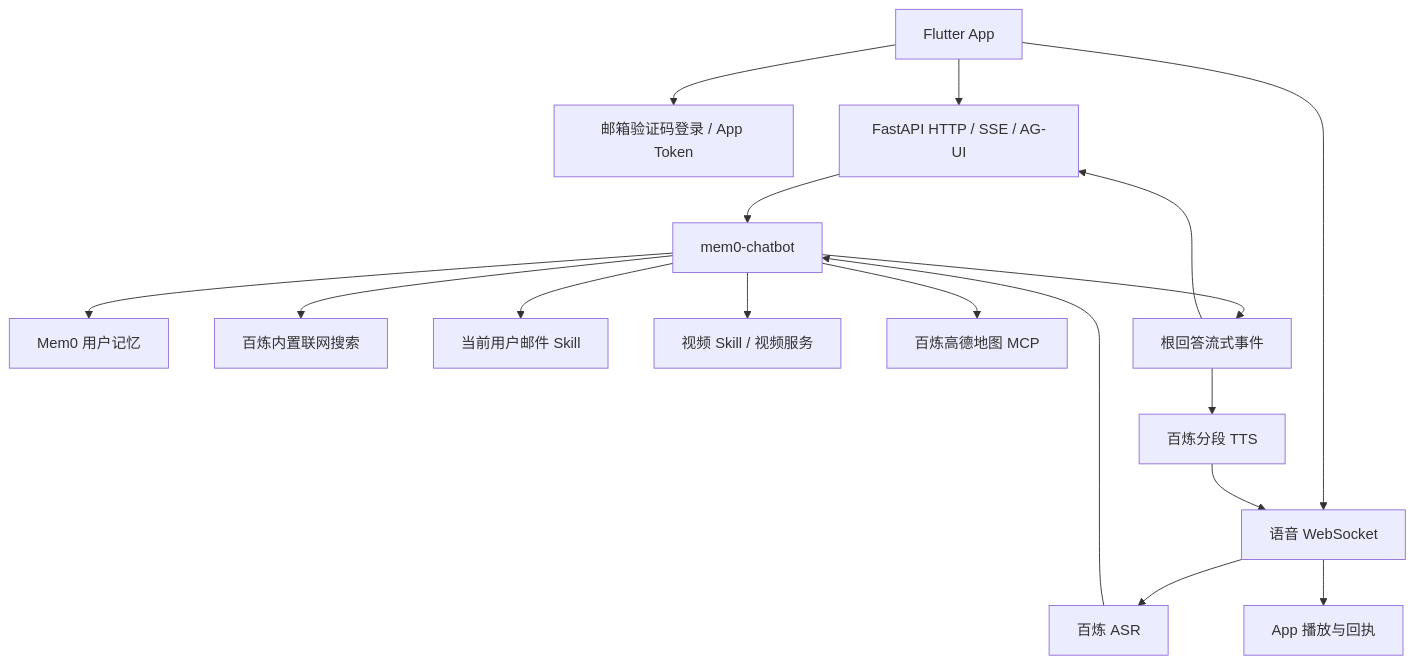
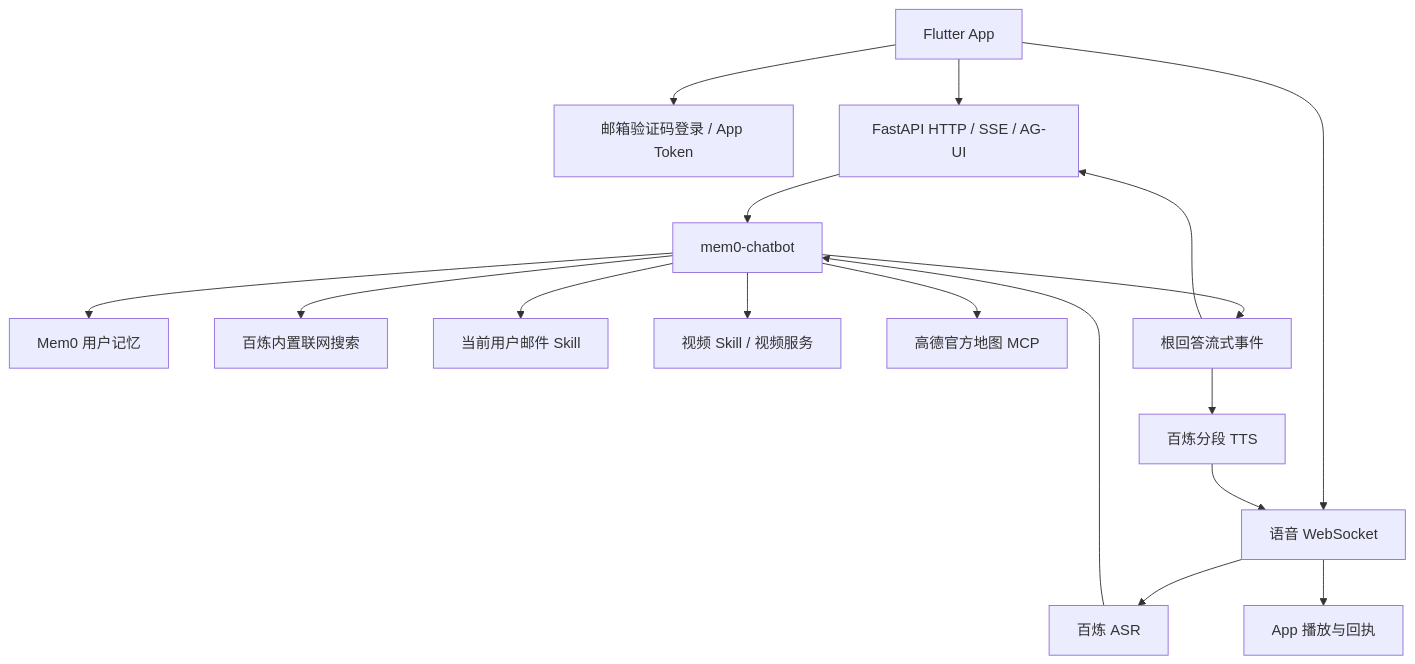
Before and after one commit to coderpwh1024/agent-voice-server: the diagram in README.md, drawn with Mermaid. The commit also changed other lines of this file and 21 other files, not shown here.

````diff
--- a/README.md
+++ b/README.md
@@ -30,19 +30,19 @@
 ```mermaid
 flowchart TD
     App[Flutter App] --> Login[邮箱验证码登录 / App Token]
     App --> HTTP[FastAPI HTTP / SSE / AG-UI]
     App --> WS[语音 WebSocket]
     WS --> ASR[百炼 ASR]
     ASR --> Main[mem0-chatbot]
     HTTP --> Main
     Main --> Memory[Mem0 用户记忆]
     Main --> Search[百炼内置联网搜索]
     Main --> Email[当前用户邮件 Skill]
     Main --> Video[视频 Skill / 视频服务]
-    Main --> Maps[百炼高德地图 MCP]
+    Main --> Maps[高德官方地图 MCP]
     Main --> Text[根回答流式事件]
     Text --> HTTP
     Text --> TTS[百炼分段 TTS]
     TTS --> WS
     WS --> Playback[App 播放与回执]
 ```
````
